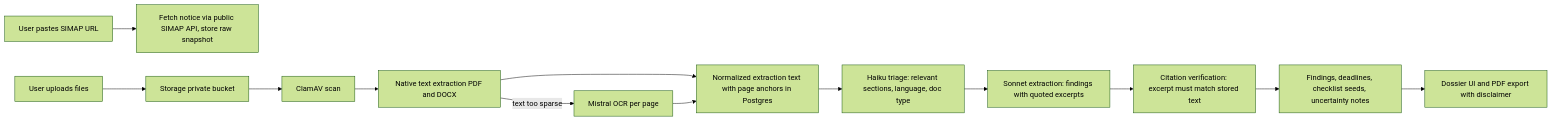
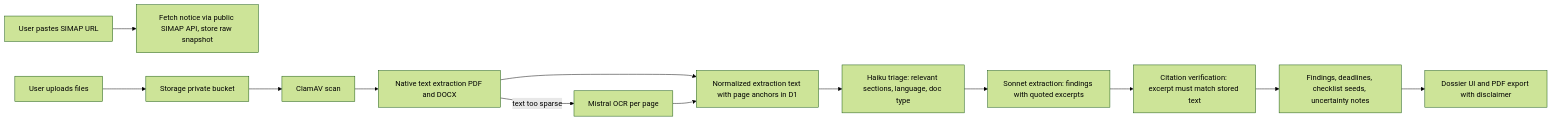
The second of 2 diagrams in docs/technical_architecture_and_implementation_plan.md (EightBitWizard/bidroom), drawn with Mermaid (forest theme) before and after one commit. The commit also changed other lines of this file and 5 other files, not shown here.

````diff
--- a/docs/technical_architecture_and_implementation_plan.md
+++ b/docs/technical_architecture_and_implementation_plan.md
@@ -441,15 +439,15 @@
 ```mermaid
 flowchart LR
   A[User pastes SIMAP URL] --> B[Fetch notice via public SIMAP API, store raw snapshot]
   A2[User uploads files] --> C[Storage private bucket]
   C --> D[ClamAV scan]
   D --> E[Native text extraction PDF and DOCX]
   E -->|text too sparse| F[Mistral OCR per page]
-  E --> G[Normalized extraction text with page anchors in Postgres]
+  E --> G[Normalized extraction text with page anchors in D1]
   F --> G
   G --> H[Haiku triage: relevant sections, language, doc type]
   H --> I[Sonnet extraction: findings with quoted excerpts]
   I --> J[Citation verification: excerpt must match stored text]
   J --> K[Findings, deadlines, checklist seeds, uncertainty notes]
   K --> L[Dossier UI and PDF export with disclaimer]
 ```
````
